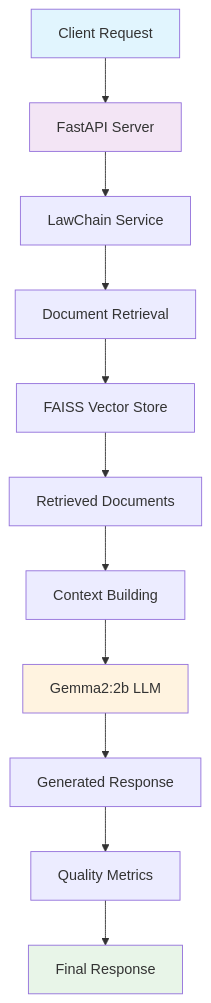
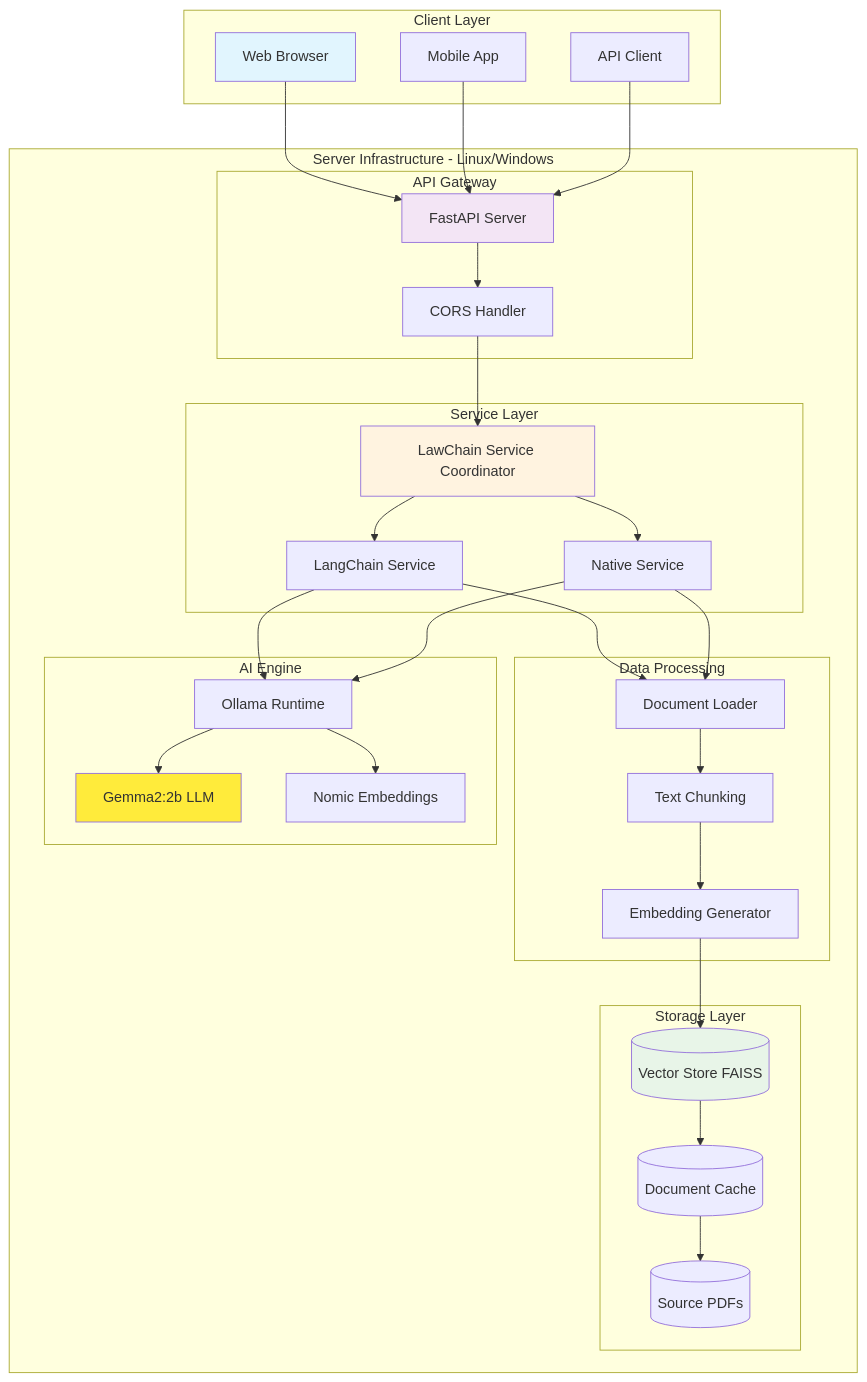
The second of 2 diagrams in README.md (Hidayattt24/be-lawchain), drawn with Mermaid before and after one commit. The commit also changed other lines of this file, not shown here.

````diff
--- a/README.md
+++ b/README.md
@@ -133,18 +214,65 @@
 ```mermaid
 graph TB
-    A[Client Request] --> B[FastAPI Server]
-    B --> C[LawChain Service]
-    C --> D[Document Retrieval]
-    D --> E[FAISS Vector Store]
-    E --> F[Retrieved Documents]
-    F --> G[Context Building]
-    G --> H[Gemma2:2b LLM]
-    H --> I[Generated Response]
-    I --> J[Quality Metrics]
-    J --> K[Final Response]
-
+    subgraph "Client Layer"
+        A[Web Browser]
+        B[Mobile App]
+        C[API Client]
+    end
+    
+    subgraph "Server Infrastructure - Linux/Windows"
+        subgraph "API Gateway"
+            D[FastAPI Server]
+            E[CORS Handler]
+        end
+        
+        subgraph "Service Layer"
+            F[LawChain Service Coordinator]
+            G[LangChain Service]
+            H[Native Service]
+        end
+        
+        subgraph "Data Processing"
+            I[Document Loader]
+            J[Text Chunking]
+            K[Embedding Generator]
+        end
+        
+        subgraph "Storage Layer"
+            L[(Vector Store FAISS)]
+            M[(Document Cache)]
+            N[(Source PDFs)]
+        end
+        
+        subgraph "AI Engine"
+            O[Ollama Runtime]
+            P[Gemma2:2b LLM]
+            Q[Nomic Embeddings]
+        end
+    end
+    
+    A --> D
+    B --> D  
+    C --> D
+    D --> E
+    E --> F
+    F --> G
+    F --> H
+    G --> I
+    H --> I
+    I --> J
+    J --> K
+    K --> L
+    L --> M
+    M --> N
+    G --> O
+    H --> O
+    O --> P
+    O --> Q
+    
     style A fill:#e1f5fe
-    style B fill:#f3e5f5
-    style H fill:#fff3e0
-    style K fill:#e8f5e8
+    style D fill:#f3e5f5
+    style F fill:#fff3e0
+    style L fill:#e8f5e8
+    style P fill:#ffeb3b
+    
 ```
````
